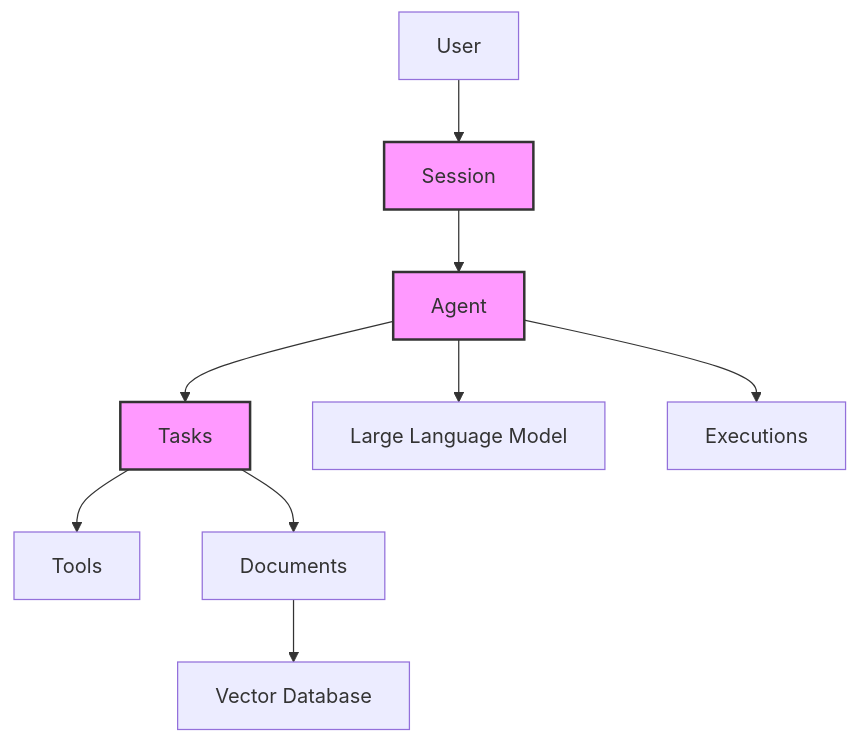
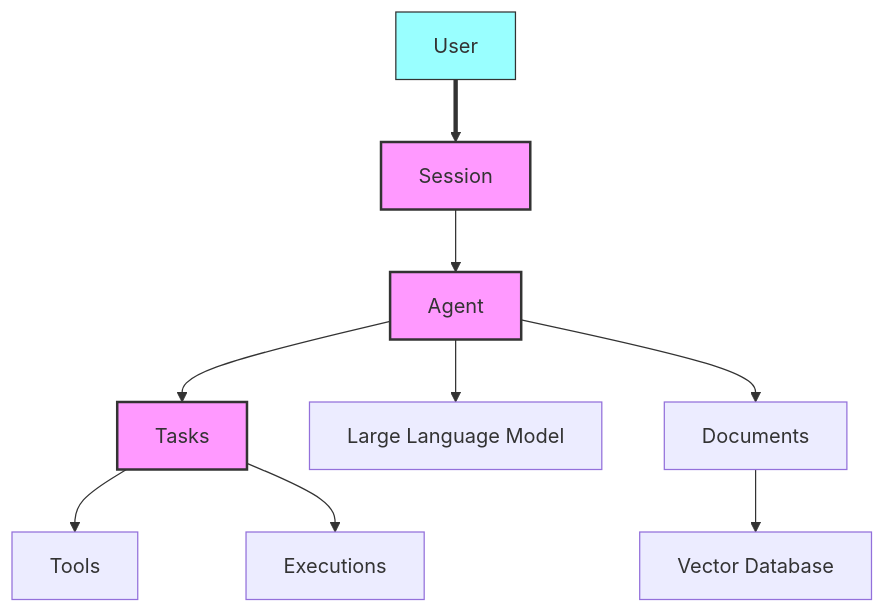
Before and after one commit to julep-ai/julep: the diagram in README.md, drawn with Mermaid.

````diff
--- a/README.md
+++ b/README.md
@@ -618,14 +618,17 @@
 ```mermaid
 graph TD
-    User[User] --> Session[Session]
+    User[User] ==> Session[Session]
     Session --> Agent[Agent]
     Agent --> Tasks[Tasks]
     Agent --> LLM[Large Language Model]
     Tasks --> Tools[Tools]
-    Tasks --> Documents[Documents]
+    Agent --> Documents[Documents]
     Documents --> VectorDB[Vector Database]
-    Agent --> Executions[Executions]
+    Tasks --> Executions[Executions]
+
+    classDef client fill:#9ff,stroke:#333,stroke-width:1px;
+    class User client;
     
     classDef core fill:#f9f,stroke:#333,stroke-width:2px;
     class Agent,Tasks,Session core;
 ```
````
